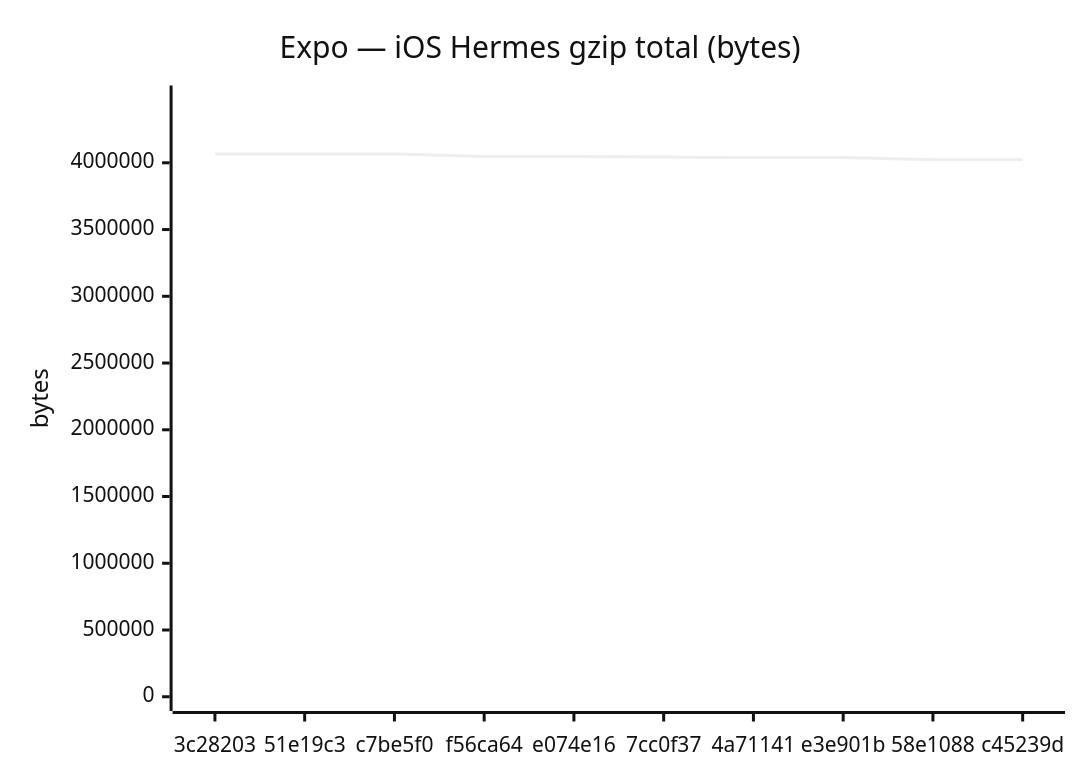
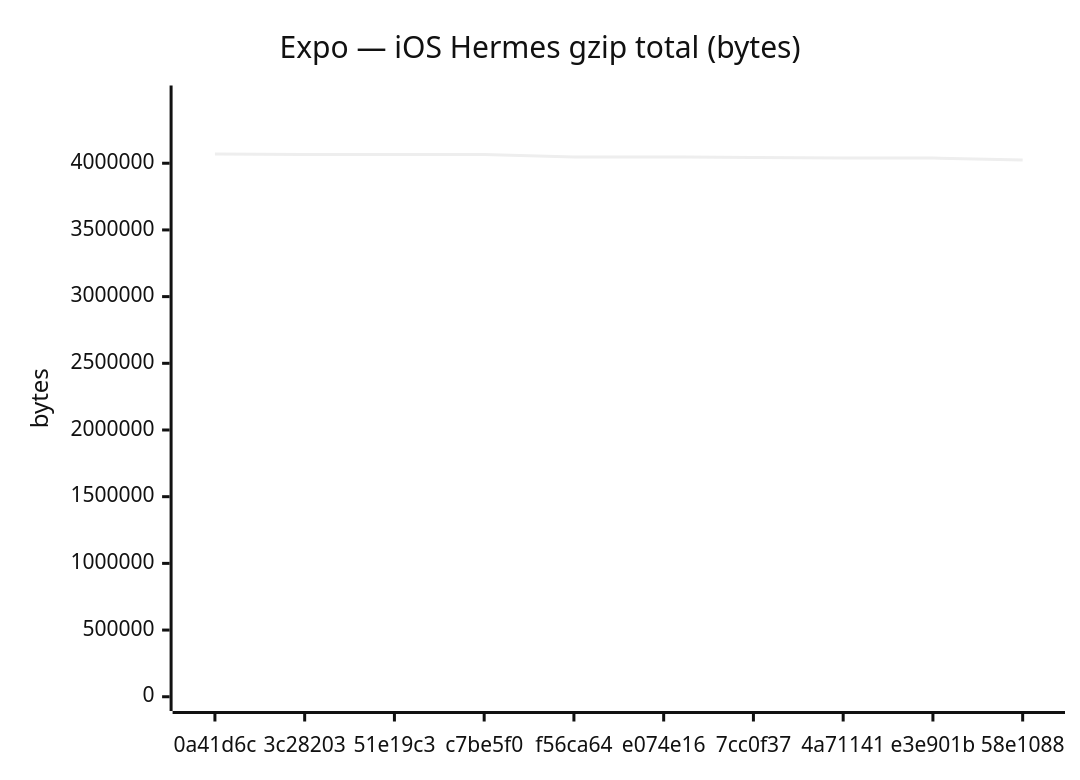
One commit to Metaheurist/Rianell changed the sixth of 18 diagrams in benchmarks/compare.md. Above: the diagram before and after it, drawn with Mermaid (neutral theme). The commit also changed other lines of this file and 11 other files, not shown here.

````diff
--- a/benchmarks/compare.md
+++ b/benchmarks/compare.md
@@ -96,7 +96,7 @@
 ```mermaid
 xychart-beta
     title "Expo — iOS Hermes gzip total (bytes)"
-    x-axis ["3c28203", "51e19c3", "c7be5f0", "f56ca64", "e074e16", "7cc0f37", "4a71141", "e3e901b", "58e1088", "c45239d"]
-    y-axis "bytes" 0 --> 4472399
-    line [4065403, 4065816, 4065817, 4047233, 4047234, 4042958, 4039809, 4039179, 4023650, 4023650]
+    x-axis ["0a41d6c", "3c28203", "51e19c3", "c7be5f0", "f56ca64", "e074e16", "7cc0f37", "4a71141", "e3e901b", "58e1088"]
+    y-axis "bytes" 0 --> 4476018
+    line [4069107, 4065403, 4065816, 4065817, 4047233, 4047234, 4042958, 4039809, 4039179, 4023650]
 ```
````
